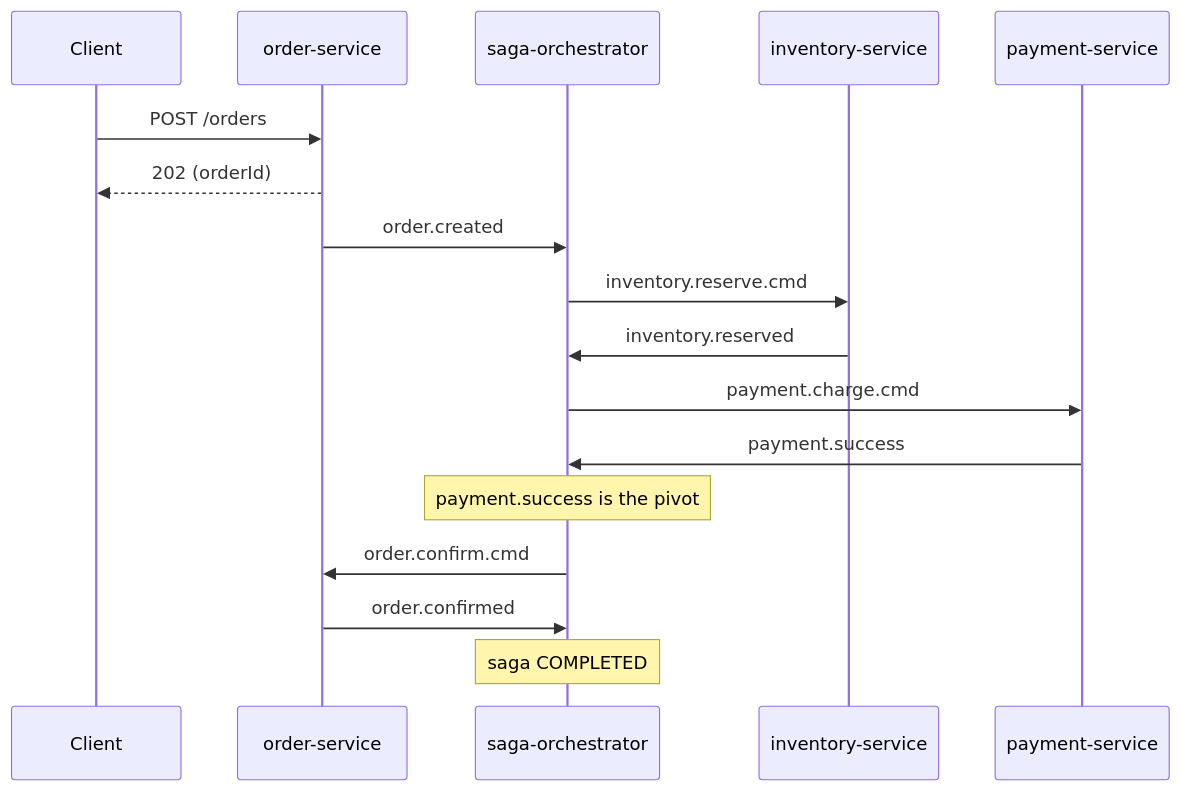
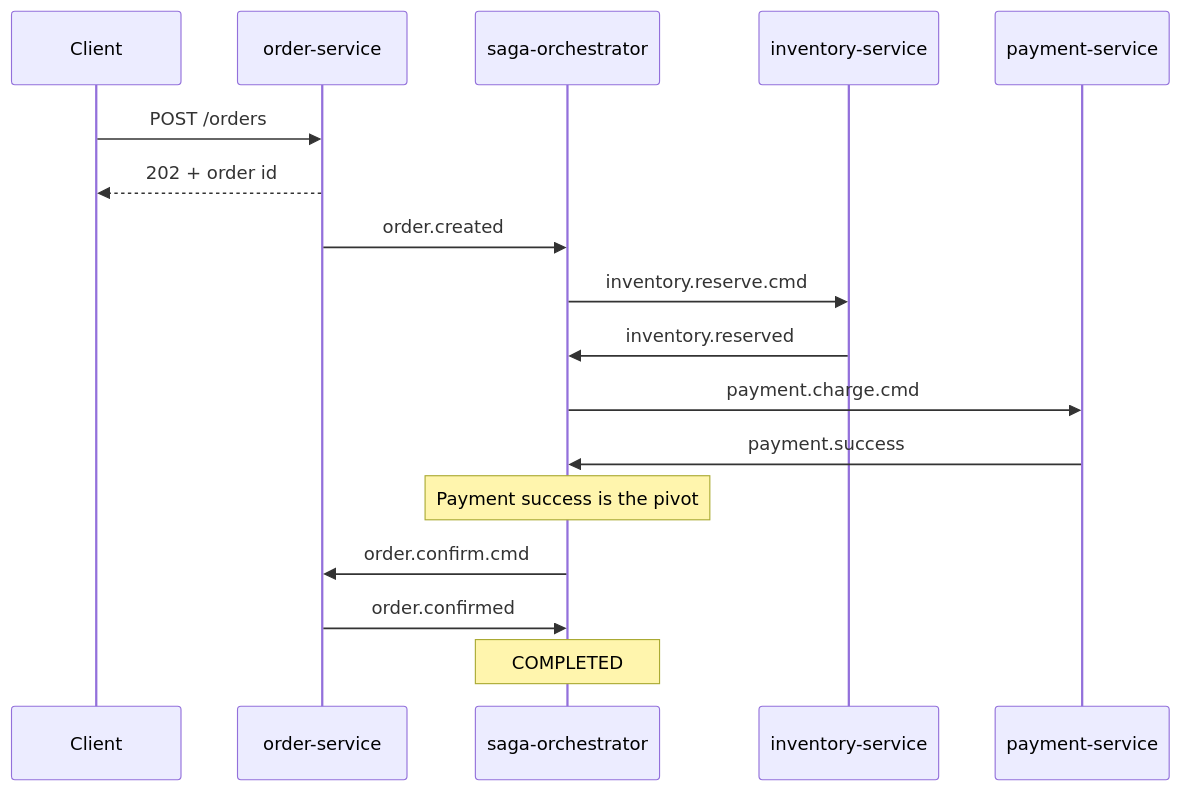
The second of 3 diagrams in Readme.md (dbalmoor/distributed-order-system), drawn with Mermaid before and after one commit. The commit also changed other lines of this file, not shown here.

````diff
--- a/Readme.md
+++ b/Readme.md
@@ -63,19 +56,19 @@
 ```mermaid
 sequenceDiagram
-    participant C as Client
-    participant O as order-service
-    participant S as saga-orchestrator
-    participant I as inventory-service
-    participant P as payment-service
-    C->>O: POST /orders
-    O-->>C: 202 (orderId)
-    O->>S: order.created
-    S->>I: inventory.reserve.cmd
-    I->>S: inventory.reserved
-    S->>P: payment.charge.cmd
-    P->>S: payment.success
-    Note over S: payment.success is the pivot
-    S->>O: order.confirm.cmd
-    O->>S: order.confirmed
-    Note over S: saga COMPLETED
+    participant Client
+    participant Order as order-service
+    participant Saga as saga-orchestrator
+    participant Inventory as inventory-service
+    participant Payment as payment-service
+    Client->>Order: POST /orders
+    Order-->>Client: 202 + order id
+    Order->>Saga: order.created
+    Saga->>Inventory: inventory.reserve.cmd
+    Inventory->>Saga: inventory.reserved
+    Saga->>Payment: payment.charge.cmd
+    Payment->>Saga: payment.success
+    Note over Saga: Payment success is the pivot
+    Saga->>Order: order.confirm.cmd
+    Order->>Saga: order.confirmed
+    Note over Saga: COMPLETED
 ```
````
